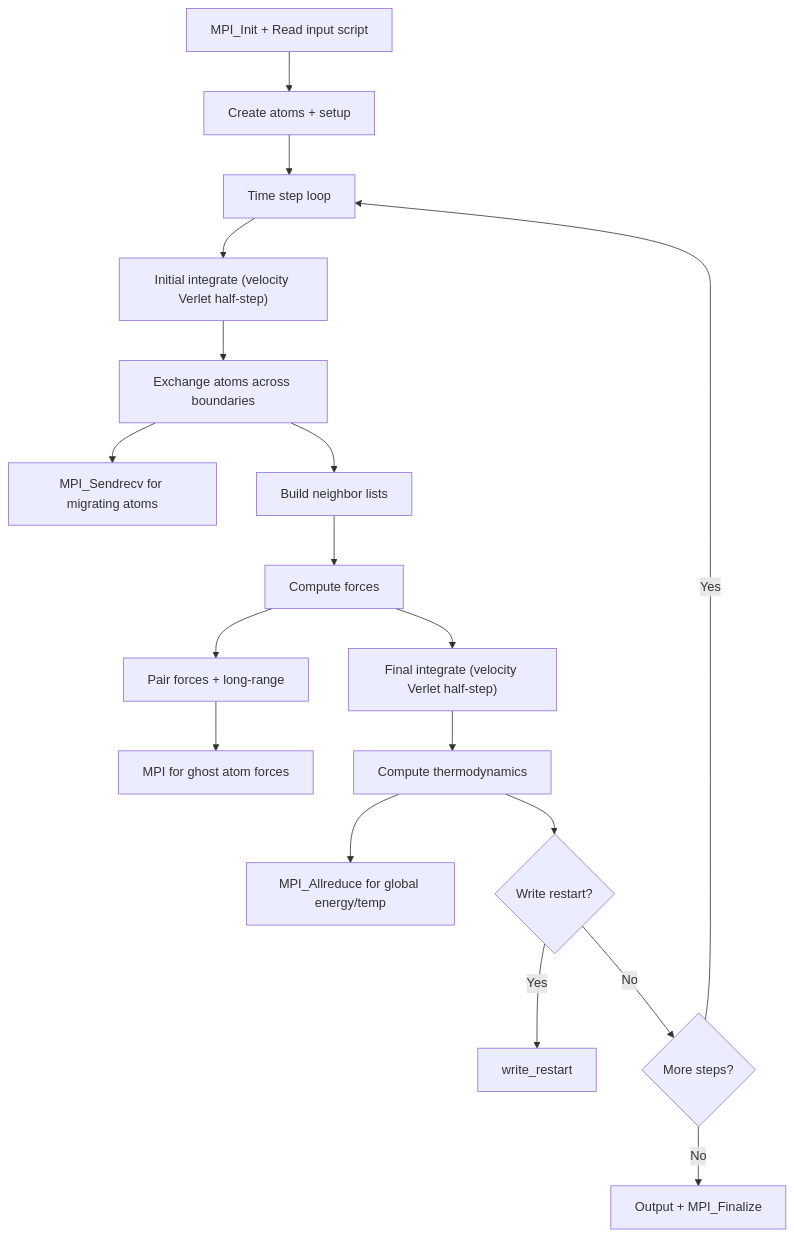
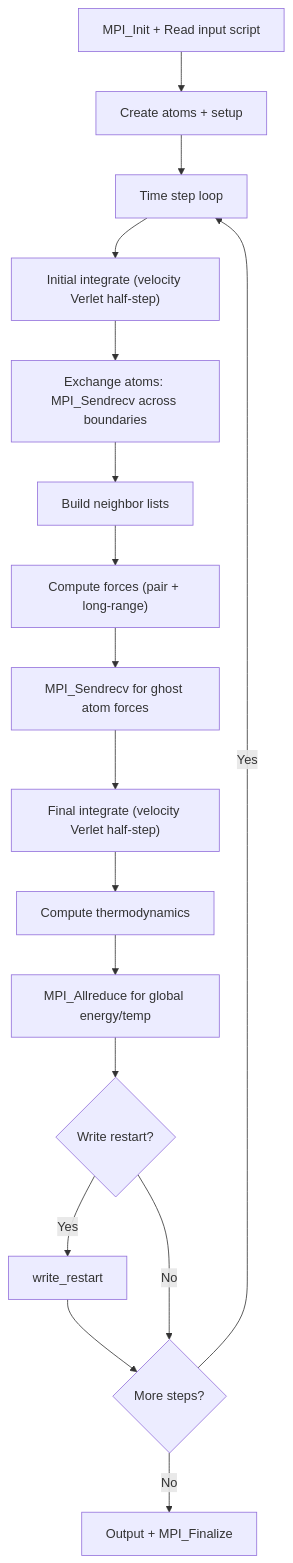
The diagram in tests/apps/docs/LAMMPS/computation_flow.md (ngduchai/guard-agent), drawn with Mermaid before and after one commit. The commit also changed other lines of this file and 19 other files, not shown here.

First line of the commit message:
docs: fix all computation flow diagrams and add output comparison guide

````diff
--- a/tests/apps/docs/LAMMPS/computation_flow.md
+++ b/tests/apps/docs/LAMMPS/computation_flow.md
@@ -7,20 +8,19 @@
 ```mermaid
 flowchart TD
     A[MPI_Init + Read input script] --> B[Create atoms + setup]
     B --> C[Time step loop]
     C --> D["Initial integrate (velocity Verlet half-step)"]
-    D --> E[Exchange atoms across boundaries]
-    E --> E1[MPI_Sendrecv for migrating atoms]
+    D --> E["Exchange atoms: MPI_Sendrecv across boundaries"]
     E --> F[Build neighbor lists]
-    F --> G[Compute forces]
-    G --> G1[Pair forces + long-range]
-    G1 --> G2[MPI for ghost atom forces]
-    G --> H["Final integrate (velocity Verlet half-step)"]
-    H --> I[Compute thermodynamics]
-    I --> I1[MPI_Allreduce for global energy/temp]
-    I --> J{Write restart?}
+    F --> G["Compute forces (pair + long-range)"]
+    G --> G2["MPI_Sendrecv for ghost atom forces"]
+    G2 --> H["Final integrate (velocity Verlet half-step)"]
+    H --> I["Compute thermodynamics"]
+    I --> I1["MPI_Allreduce for global energy/temp"]
+    I1 --> J{Write restart?}
     J -->|Yes| K[write_restart]
-    J -->|No| L{More steps?}
+    K --> L{More steps?}
+    J -->|No| L
     L -->|Yes| C
     L -->|No| M[Output + MPI_Finalize]
 ```
````
